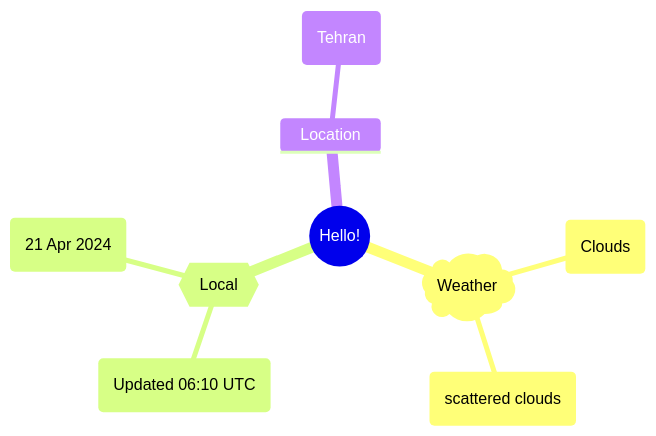
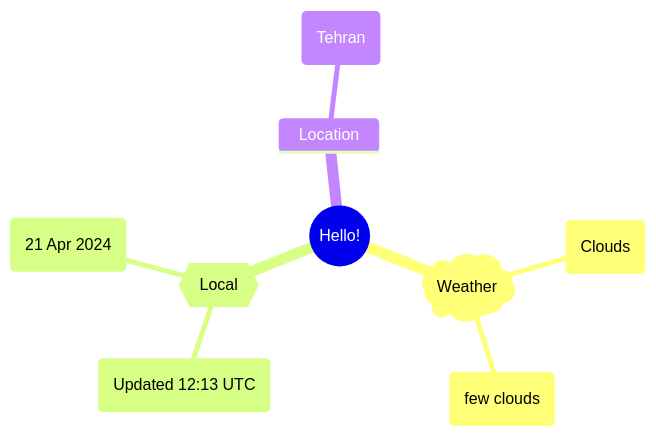
One commit to Xosrov/Xosrov changed the first of 2 diagrams in README.md. Above: the diagram before and after it, drawn with Mermaid.

Commit message:
[bot] updated images

````diff
--- a/README.md
+++ b/README.md
@@ -3,12 +3,12 @@
 ```mermaid
 mindmap
   root((Hello!))
     )Weather(
         (Clouds)
-        (scattered clouds)
+        (few clouds)
     {{Local}}
-        (Updated 06:10 UTC)
+        (Updated 12:13 UTC)
         (21 Apr 2024)
     Location
         (Tehran)
 ```
````
